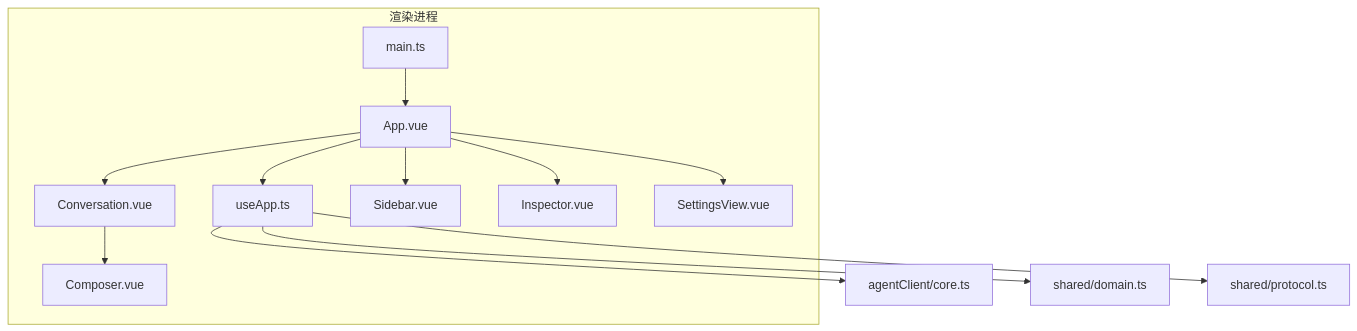
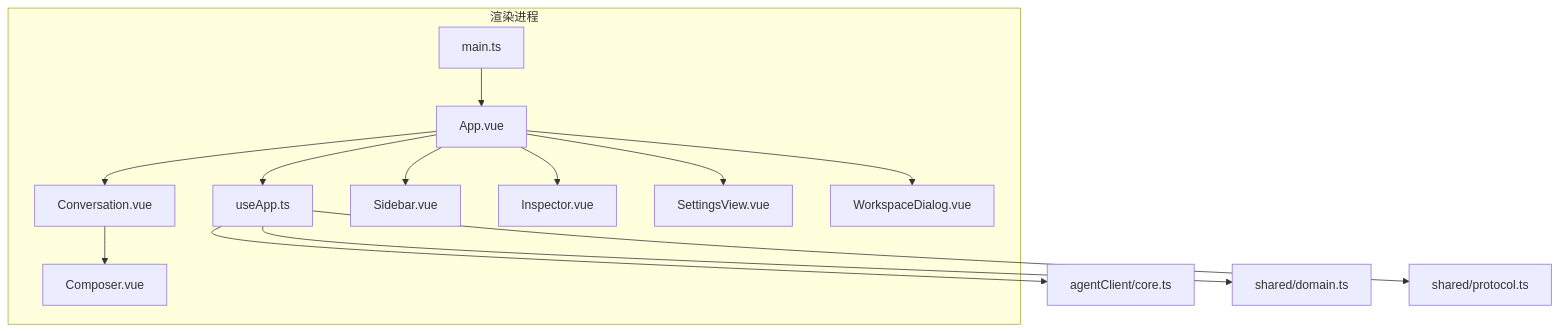
One commit to dyx-9163/ai-aifar changed the sixth of 6 diagrams in .qoder/repowiki/zh/content/核心模块/渲染进程/Vue.js 应用架构.md. Above: the diagram before and after it, drawn with Mermaid. The commit also changed other lines of this file and 10 other files, not shown here.

````diff
--- a/.qoder/repowiki/zh/content/核心模块/渲染进程/Vue.js 应用架构.md
+++ b/.qoder/repowiki/zh/content/核心模块/渲染进程/Vue.js 应用架构.md
@@ -319,15 +362,16 @@
 ```mermaid
 graph TB
 subgraph "渲染进程"
 MV["main.ts"] --> AV["App.vue"]
 AV --> UA["useApp.ts"]
 AV --> CV["Conversation.vue"]
 AV --> SV["Sidebar.vue"]
 AV --> IV["Inspector.vue"]
 AV --> STV["SettingsView.vue"]
+AV --> WDV["WorkspaceDialog.vue"]
 CV --> CMP["Composer.vue"]
 end
 UA --> AC["agentClient/core.ts"]
 UA --> SD["shared/domain.ts"]
 UA --> SP["shared/protocol.ts"]
 ```
````
